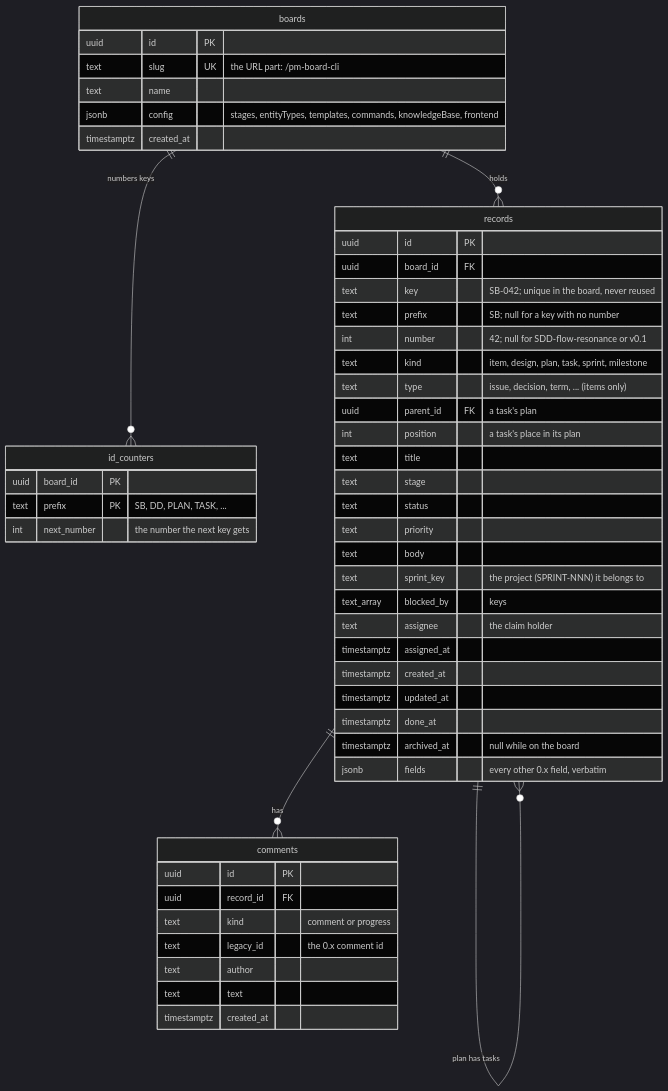
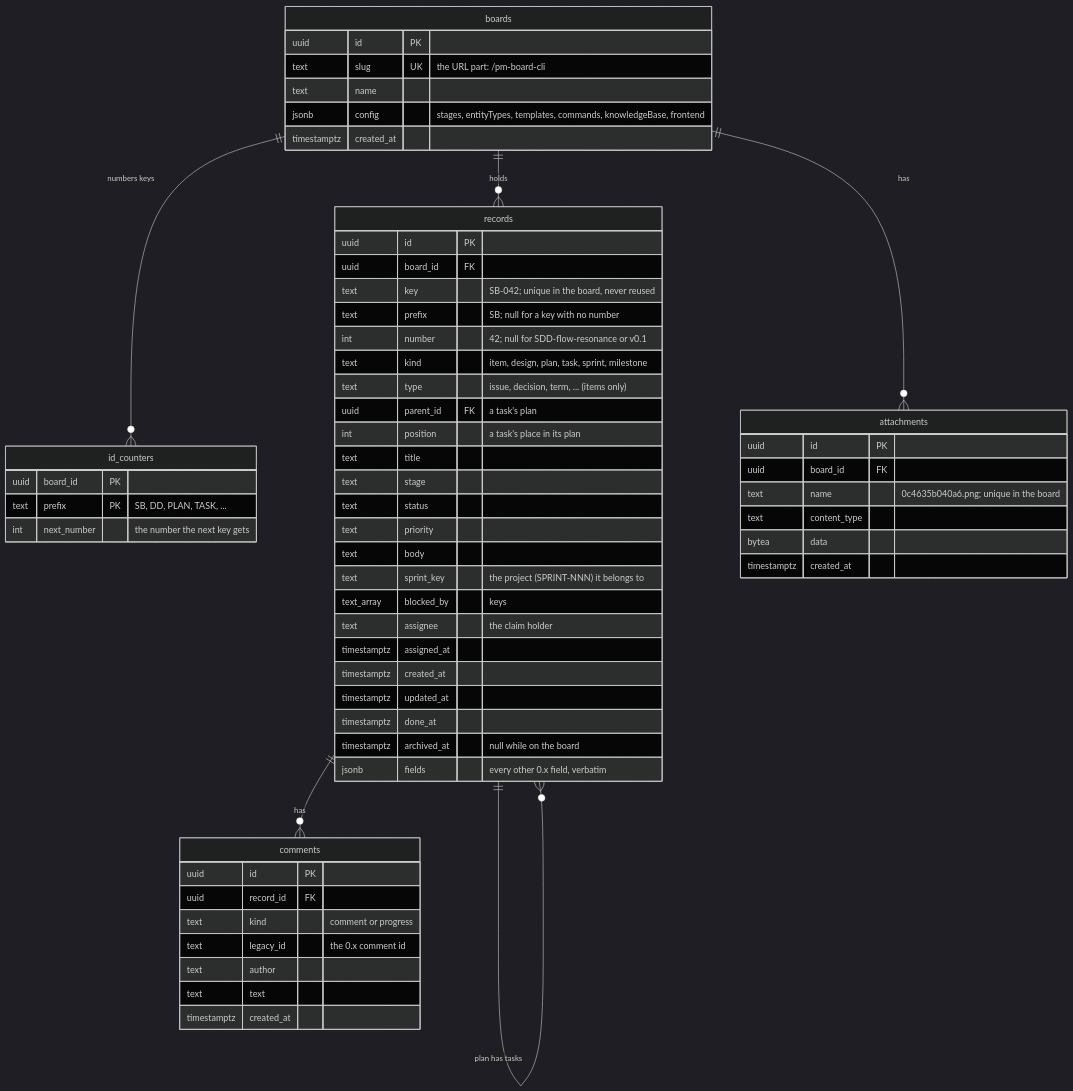
Before and after one commit to TerjeBallestad/pm-board: the diagram in server/docs/data-model.md, drawn with Mermaid (dark theme). The commit also changed other lines of this file and 59 other files, not shown here.

````diff
--- a/server/docs/data-model.md
+++ b/server/docs/data-model.md
@@ -10,54 +10,63 @@
 ```mermaid
 erDiagram
   boards ||--o{ id_counters : "numbers keys"
   boards ||--o{ records : holds
+  boards ||--o{ attachments : has
   records ||--o{ records : "plan has tasks"
   records ||--o{ comments : has
 
   boards {
     uuid id PK
     text slug UK "the URL part: /pm-board-cli"
     text name
     jsonb config "stages, entityTypes, templates, commands, knowledgeBase, frontend"
     timestamptz created_at
   }
   id_counters {
     uuid board_id PK
     text prefix PK "SB, DD, PLAN, TASK, ..."
     int next_number "the number the next key gets"
   }
   records {
     uuid id PK
     uuid board_id FK
     text key "SB-042; unique in the board, never reused"
     text prefix "SB; null for a key with no number"
     int number "42; null for SDD-flow-resonance or v0.1"
     text kind "item, design, plan, task, sprint, milestone"
     text type "issue, decision, term, ... (items only)"
     uuid parent_id FK "a task's plan"
     int position "a task's place in its plan"
     text title
     text stage
     text status
     text priority
     text body
     text sprint_key "the project (SPRINT-NNN) it belongs to"
     text_array blocked_by "keys"
     text assignee "the claim holder"
     timestamptz assigned_at
     timestamptz created_at
     timestamptz updated_at
     timestamptz done_at
     timestamptz archived_at "null while on the board"
     jsonb fields "every other 0.x field, verbatim"
   }
+  attachments {
+    uuid id PK
+    uuid board_id FK
+    text name "0c4635b040a6.png; unique in the board"
+    text content_type
+    bytea data
+    timestamptz created_at
+  }
   comments {
     uuid id PK
     uuid record_id FK
     text kind "comment or progress"
     text legacy_id "the 0.x comment id"
     text author
     text text
     timestamptz created_at
   }
 ```
````
